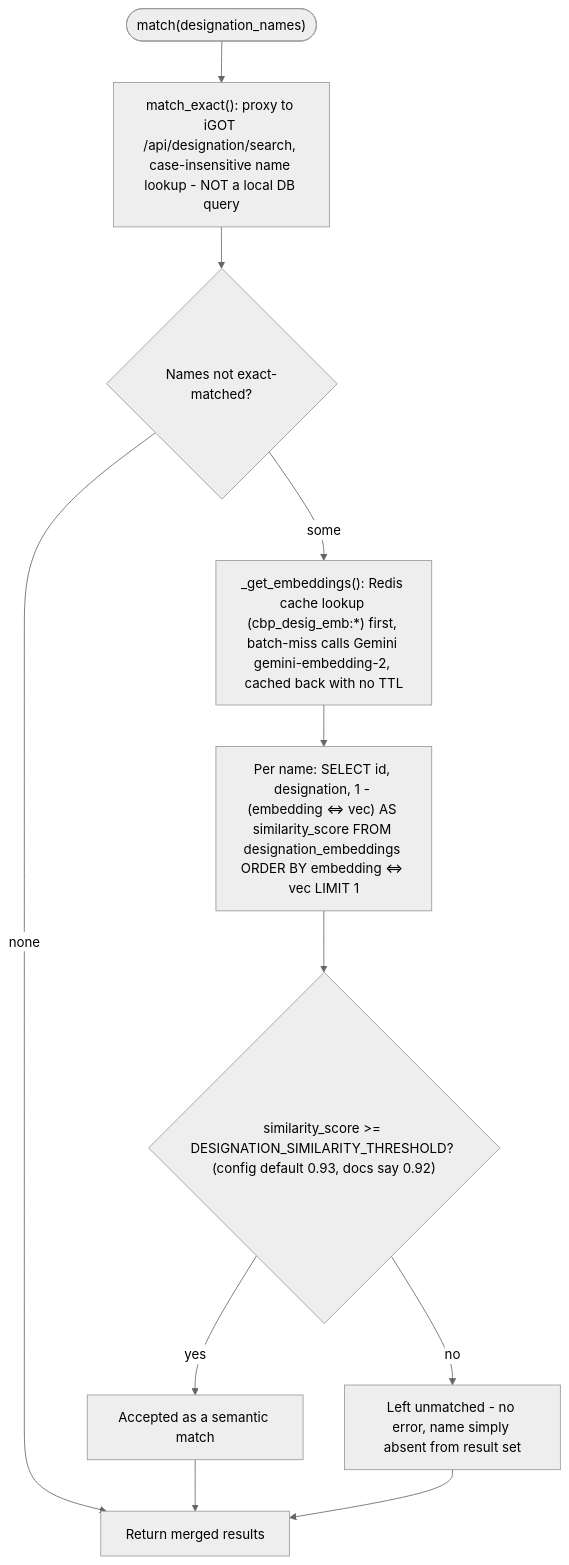
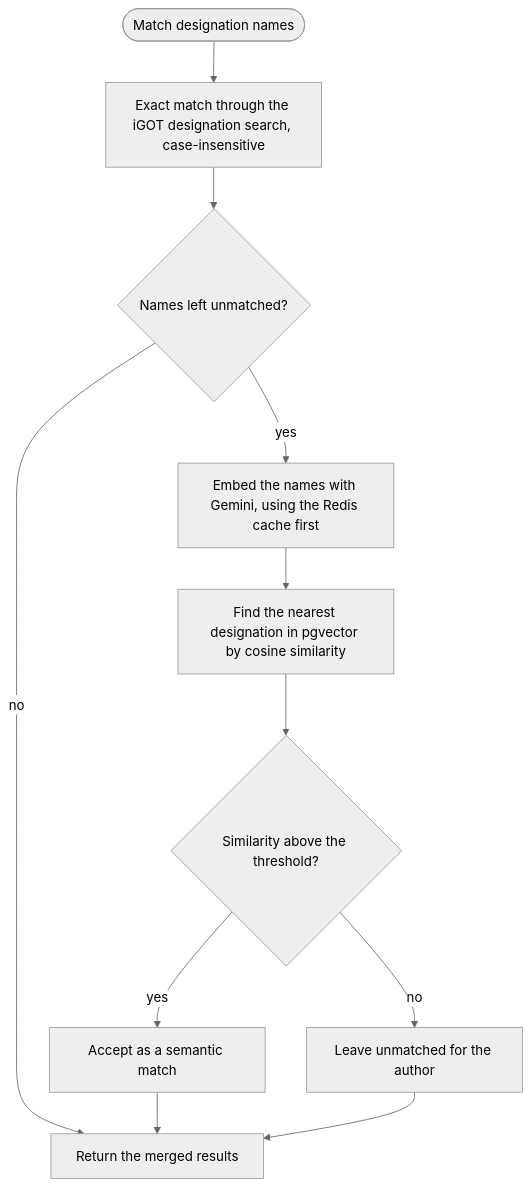
The third of 12 diagrams in docs/learning-hub/ai-cbp-tool/lld.md (KB-iGOT/igot-docs), drawn with Mermaid (neutral theme) before and after one commit. The commit also changed other lines of this file and 18 other files, not shown here.

First line of the commit message:
docs(ai-cbp-tool): restructure the LLD with validation flows and real routes

````diff
--- a/docs/learning-hub/ai-cbp-tool/lld.md
+++ b/docs/learning-hub/ai-cbp-tool/lld.md
@@ -130,13 +532,13 @@
 ```mermaid
 flowchart TD
-    Start(["match(designation_names)"]) --> Exact["match_exact(): proxy to iGOT /api/designation/search, case-insensitive name lookup - NOT a local DB query"]
-    Exact --> Remaining{"Names not exact-matched?"}
-    Remaining -- none --> Done["Return merged results"]
-    Remaining -- some --> Embed["_get_embeddings(): Redis cache lookup (cbp_desig_emb:*) first, batch-miss calls Gemini gemini-embedding-2, cached back with no TTL"]
-    Embed --> Query["Per name: SELECT id, designation, 1 - (embedding <=> vec) AS similarity_score FROM designation_embeddings ORDER BY embedding <=> vec LIMIT 1"]
-    Query --> Threshold{"similarity_score >= DESIGNATION_SIMILARITY_THRESHOLD? (config default 0.93, docs say 0.92)"}
-    Threshold -- yes --> Matched["Accepted as a semantic match"]
-    Threshold -- no --> Unmatched["Left unmatched - no error, name simply absent from result set"]
+    Start(["Match designation names"]) --> Exact["Exact match through the iGOT designation search, case-insensitive"]
+    Exact --> Remaining{"Names left unmatched?"}
+    Remaining -- no --> Done["Return the merged results"]
+    Remaining -- yes --> Embed["Embed the names with Gemini, using the Redis cache first"]
+    Embed --> Query["Find the nearest designation in pgvector by cosine similarity"]
+    Query --> Threshold{"Similarity above the threshold?"}
+    Threshold -- yes --> Matched["Accept as a semantic match"]
+    Threshold -- no --> Unmatched["Leave unmatched for the author"]
     Matched --> Done
     Unmatched --> Done
 ```
````
